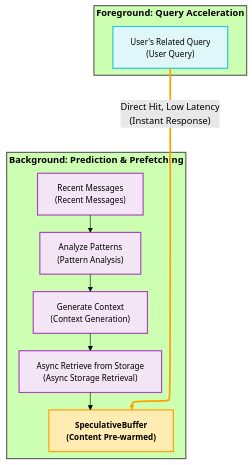
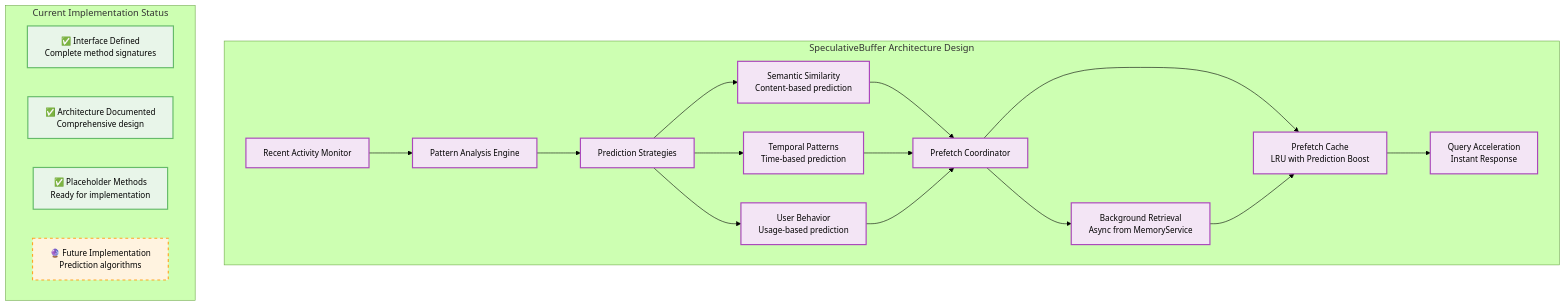
One commit to memfuse/memfuse changed diagram 15 of 25 in docs/architecture/buffer.md. Above: the diagram before and after it, drawn with Mermaid (forest theme). The commit also changed other lines of this file and 13 other files, not shown here.

First line of the commit message:
refactor(buffer): implement comprehensive architecture refactoring with abstraction layers

````diff
--- a/docs/architecture/buffer.md
+++ b/docs/architecture/buffer.md
@@ -638,37 +689,38 @@
 ```mermaid
----
-config:
-  layout: elk
----
-flowchart TD
- subgraph background_sub["Background: Prediction & Prefetching"]
-        B["Analyze Patterns<br>(Pattern Analysis)"]
-        A["Recent Messages<br>(Recent Messages)"]
-        C["Generate Context<br>(Context Generation)"]
-        D["Async Retrieve from Storage<br>(Async Storage Retrieval)"]
-        E["SpeculativeBuffer<br>(Content Pre-warmed)"]
-  end
- subgraph foreground_sub["Foreground: Query Acceleration"]
-        F@{ label: "User's Related Query<br>(User Query)" }
-  end
-    A --> B
-    B --> C
-    C --> D
-    D --> E
-    F -- "Direct Hit, Low Latency<br>(Instant Response)" --> E
-    F@{ shape: rect}
-     A:::background_node
-     B:::background_node
-     C:::background_node
-     D:::background_node
-     E:::hit_node
-     F:::foreground_node
-     background_sub:::header_style
-     foreground_sub:::header_style
-    classDef default fill:#fff,stroke:#333,stroke-width:2px,font-size:14px,white-space:nowrap
-    classDef header_style stroke:#616161,stroke-width:2px,color:black,font-weight:bold,font-size:16px,white-space:nowrap
-    classDef background_node fill:#F3E5F5,stroke:#AB47BC
-    classDef foreground_node fill:#E0F7FA,stroke:#26C6DA
-    classDef hit_node fill:#FFECB3,stroke:#FFA000,font-weight:bold
-    linkStyle 4 stroke:#FFA000,stroke-width:3px,fill:none
+graph TB
+    subgraph "SpeculativeBuffer Architecture Design"
+        A[Recent Activity Monitor] --> B[Pattern Analysis Engine]
+        B --> C[Prediction Strategies]
+
+        C --> D[Semantic Similarity<br/>Content-based prediction]
+        C --> E[Temporal Patterns<br/>Time-based prediction]
+        C --> F[User Behavior<br/>Usage-based prediction]
+
+        D --> G[Prefetch Coordinator]
+        E --> G
+        F --> G
+
+        G --> H[Prefetch Cache<br/>LRU with Prediction Boost]
+        G --> I[Background Retrieval<br/>Async from MemoryService]
+
+        H --> J[Query Acceleration<br/>Instant Response]
+        I --> H
+    end
+
+    subgraph "Current Implementation Status"
+        K["✅ Interface Defined<br/>Complete method signatures"]
+        L["✅ Architecture Documented<br/>Comprehensive design"]
+        M["✅ Placeholder Methods<br/>Ready for implementation"]
+        N["🔮 Future Implementation<br/>Prediction algorithms"]
+    end
+
+    %% Styles
+    classDef default fill:#fff,stroke:#333,stroke-width:2px,font-size:14px,white-space:nowrap;
+    classDef design_node fill:#F3E5F5,stroke:#AB47BC;
+    classDef status_implemented fill:#E8F5E9,stroke:#66BB6A;
+    classDef status_future fill:#FFF3E0,stroke:#FFA726,stroke-dasharray: 5 5;
+
+    class A,B,C,D,E,F,G,H,I,J design_node;
+    class K,L,M status_implemented;
+    class N status_future;
 ```
````
